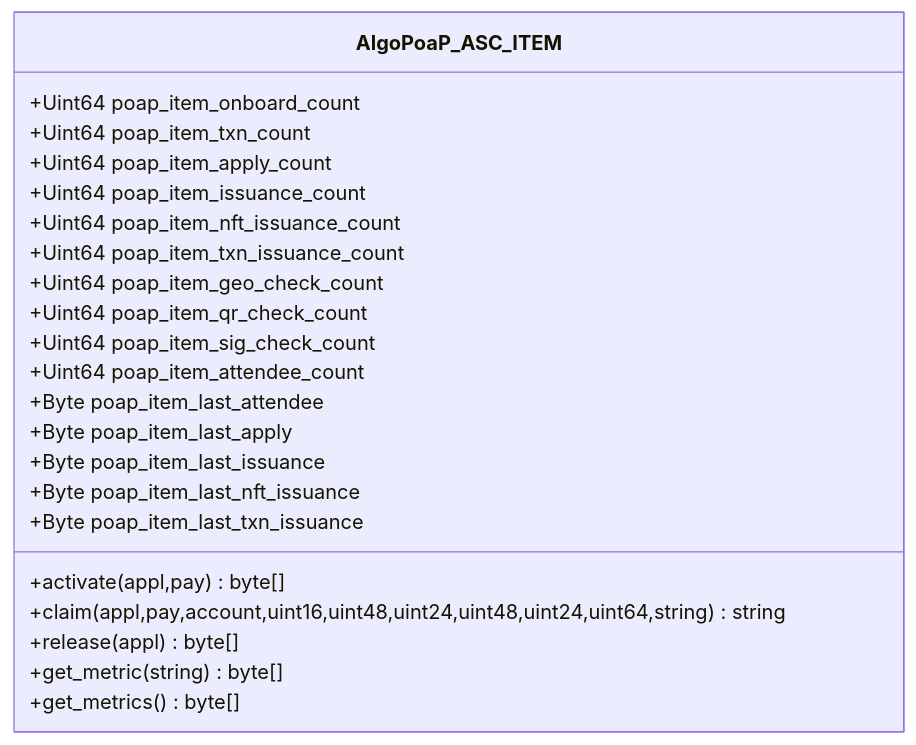
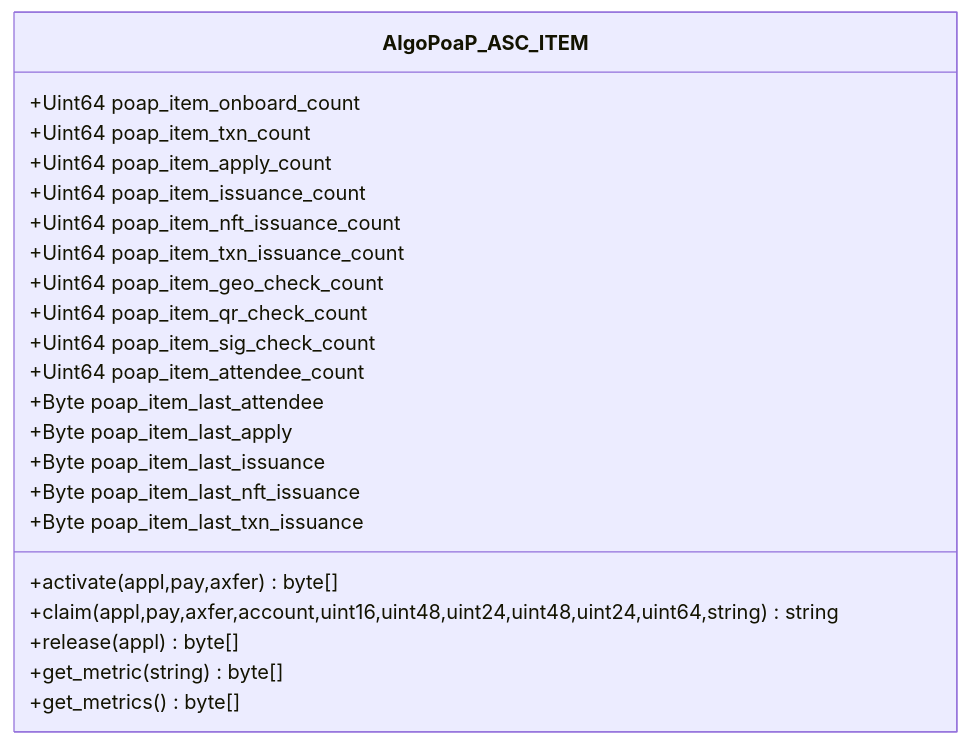
The tenth of 10 diagrams in profile/README.md (GoPlausible/.github), drawn with Mermaid before and after one commit. The commit also changed other lines of this file, not shown here.

````diff
--- a/profile/README.md
+++ b/profile/README.md
@@ -496,29 +496,29 @@
 ```mermaid
   classDiagram
     class AlgoPoaP_ASC_ITEM
     AlgoPoaP_ASC_ITEM : +Uint64 poap_item_onboard_count
     AlgoPoaP_ASC_ITEM : +Uint64 poap_item_txn_count
     AlgoPoaP_ASC_ITEM : +Uint64 poap_item_apply_count
     AlgoPoaP_ASC_ITEM : +Uint64 poap_item_issuance_count
     AlgoPoaP_ASC_ITEM : +Uint64 poap_item_nft_issuance_count
     AlgoPoaP_ASC_ITEM : +Uint64 poap_item_txn_issuance_count
 
     AlgoPoaP_ASC_ITEM : +Uint64 poap_item_geo_check_count
     AlgoPoaP_ASC_ITEM : +Uint64 poap_item_qr_check_count
     AlgoPoaP_ASC_ITEM : +Uint64 poap_item_sig_check_count
 
     AlgoPoaP_ASC_ITEM : +Uint64 poap_item_attendee_count
     AlgoPoaP_ASC_ITEM : +Byte poap_item_last_attendee
     AlgoPoaP_ASC_ITEM : +Byte poap_item_last_apply
     AlgoPoaP_ASC_ITEM : +Byte poap_item_last_issuance
     AlgoPoaP_ASC_ITEM : +Byte poap_item_last_nft_issuance
     AlgoPoaP_ASC_ITEM : +Byte poap_item_last_txn_issuance
-    AlgoPoaP_ASC_ITEM : +activate(appl,pay)byte[]
-    AlgoPoaP_ASC_ITEM : +claim(appl,pay,account,uint16,uint48,uint24,uint48,uint24,uint64,string)string
+    AlgoPoaP_ASC_ITEM : +activate(appl,pay,axfer)byte[]
+    AlgoPoaP_ASC_ITEM : +claim(appl,pay,axfer,account,uint16,uint48,uint24,uint48,uint24,uint64,string)string
     AlgoPoaP_ASC_ITEM : +release(appl)byte[]
     AlgoPoaP_ASC_ITEM : +get_metric(string)byte[]
     AlgoPoaP_ASC_ITEM : +get_metrics()byte[]
     
   
     
 ```
````
